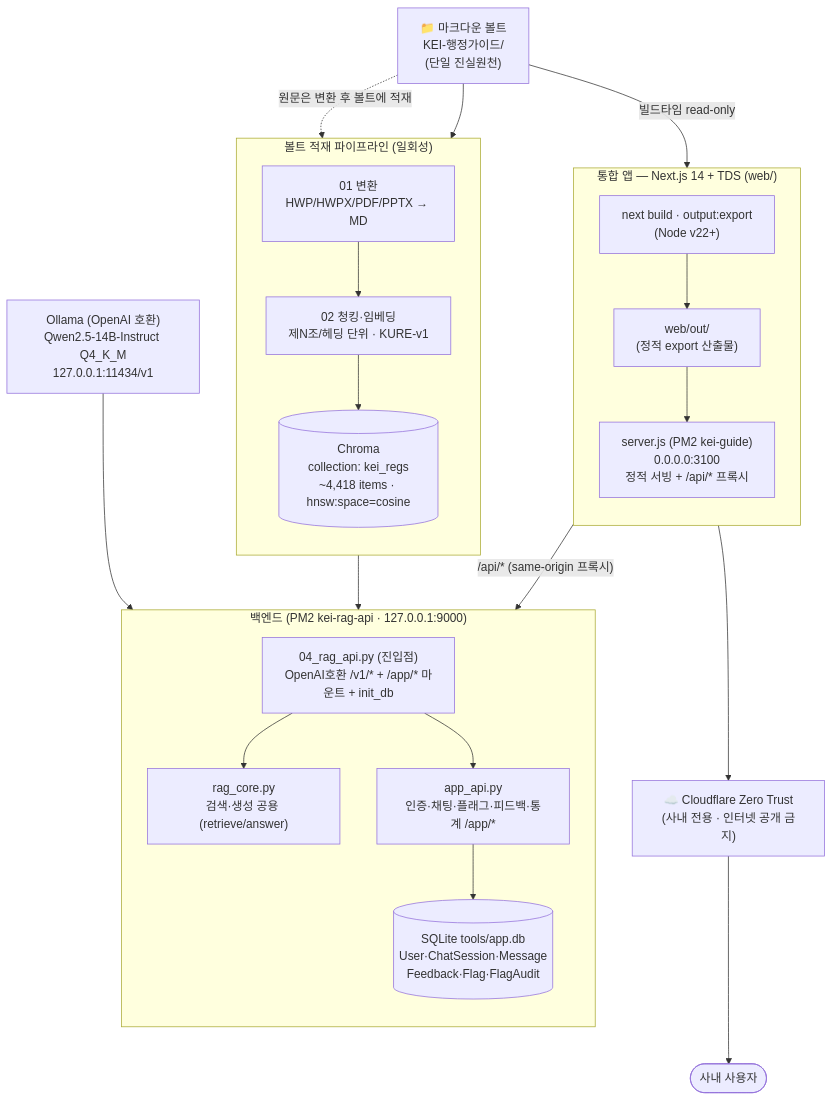
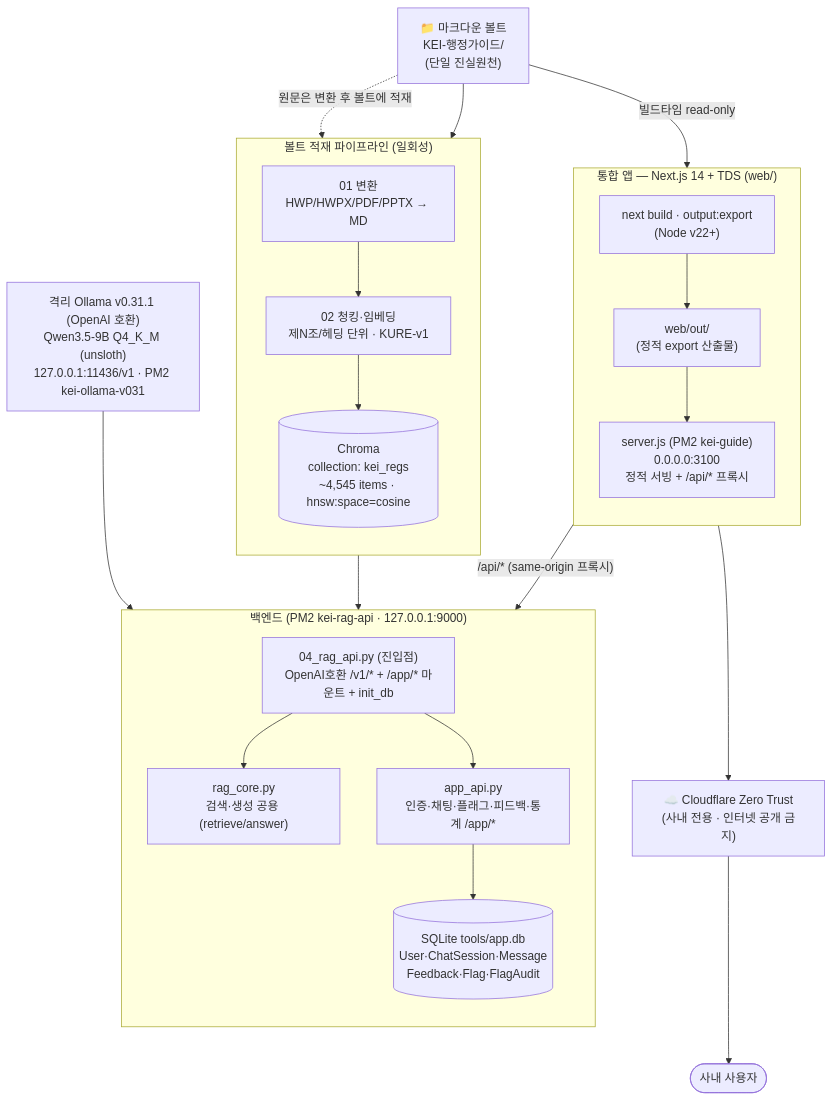
The first of 4 diagrams in docs/02-architecture.md (mooner92/KEIAdminSuperv), drawn with Mermaid before and after one commit. The commit also changed other lines of this file and 17 other files, not shown here.

First line of the commit message:
docs: README + docs 전체 최신화 — Qwen3.5/Ollama·Next.js+TDS·7시스템·신규 플래그

````diff
--- a/docs/02-architecture.md
+++ b/docs/02-architecture.md
@@ -35,44 +35,44 @@
 ```mermaid
 flowchart TD
     VAULT["📁 마크다운 볼트<br/>KEI-행정가이드/<br/>(단일 진실원천)"]
 
     subgraph APP["통합 앱 — Next.js 14 + TDS (web/)"]
         direction TB
         NEXT["next build · output:export<br/>(Node v22+)"]
         OUT["web/out/<br/>(정적 export 산출물)"]
         SERVER["server.js (PM2 kei-guide)<br/>0.0.0.0:3100<br/>정적 서빙 + /api/* 프록시"]
         NEXT --> OUT --> SERVER
     end
 
     subgraph PIPE["볼트 적재 파이프라인 (일회성)"]
         direction TB
         CONV["01 변환<br/>HWP/HWPX/PDF/PPTX → MD"]
         EMBED["02 청킹·임베딩<br/>제N조/헤딩 단위 · KURE-v1"]
-        CHROMA[("Chroma<br/>collection: kei_regs<br/>~4,418 items · hnsw:space=cosine")]
+        CHROMA[("Chroma<br/>collection: kei_regs<br/>~4,545 items · hnsw:space=cosine")]
         CONV --> EMBED --> CHROMA
     end
 
     subgraph BACK["백엔드 (PM2 kei-rag-api · 127.0.0.1:9000)"]
         direction TB
         ENTRY["04_rag_api.py (진입점)<br/>OpenAI호환 /v1/* + /app/* 마운트 + init_db"]
         CORE["rag_core.py<br/>검색·생성 공용 (retrieve/answer)"]
         APPAPI["app_api.py<br/>인증·채팅·플래그·피드백·통계 /app/*"]
         DB[("SQLite tools/app.db<br/>User·ChatSession·Message<br/>Feedback·Flag·FlagAudit")]
         ENTRY --> CORE
         ENTRY --> APPAPI
         APPAPI --> DB
     end
 
-    OLLAMA["Ollama (OpenAI 호환)<br/>Qwen2.5-14B-Instruct Q4_K_M<br/>127.0.0.1:11434/v1"]
+    OLLAMA["격리 Ollama v0.31.1 (OpenAI 호환)<br/>Qwen3.5-9B Q4_K_M (unsloth)<br/>127.0.0.1:11436/v1 · PM2 kei-ollama-v031"]
 
     VAULT -- "빌드타임 read-only" --> NEXT
     VAULT -. "원문은 변환 후 볼트에 적재" .-> CONV
     VAULT --> EMBED
 
     SERVER -- "/api/* (same-origin 프록시)" --> ENTRY
     CHROMA --> CORE
     OLLAMA --> CORE
 
     SERVER --> CF["☁️ Cloudflare Zero Trust<br/>(사내 전용 · 인터넷 공개 금지)"]
     CF --> USER(["사내 사용자"])
 ```
````
